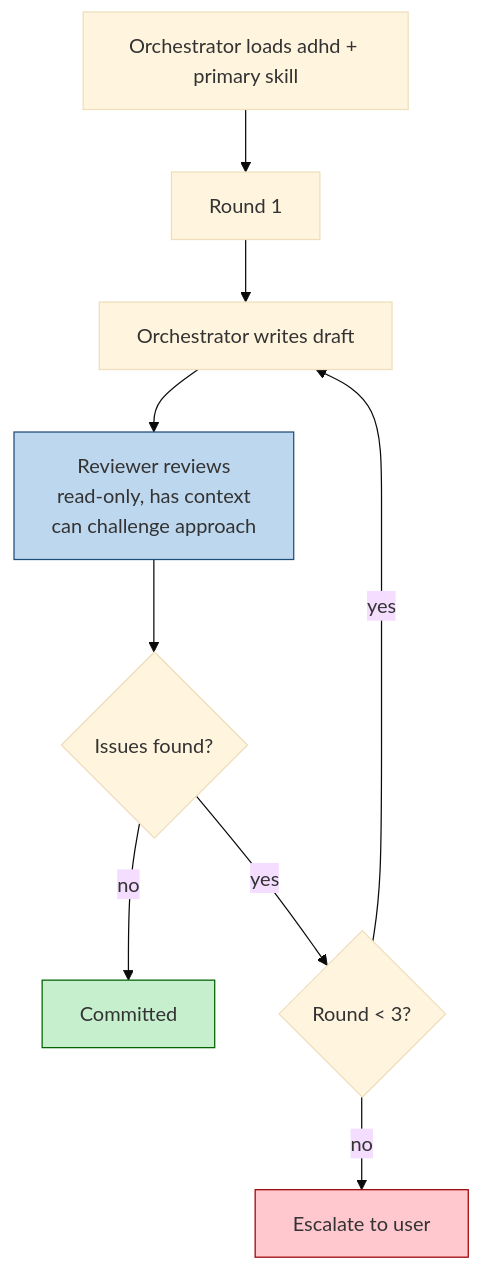
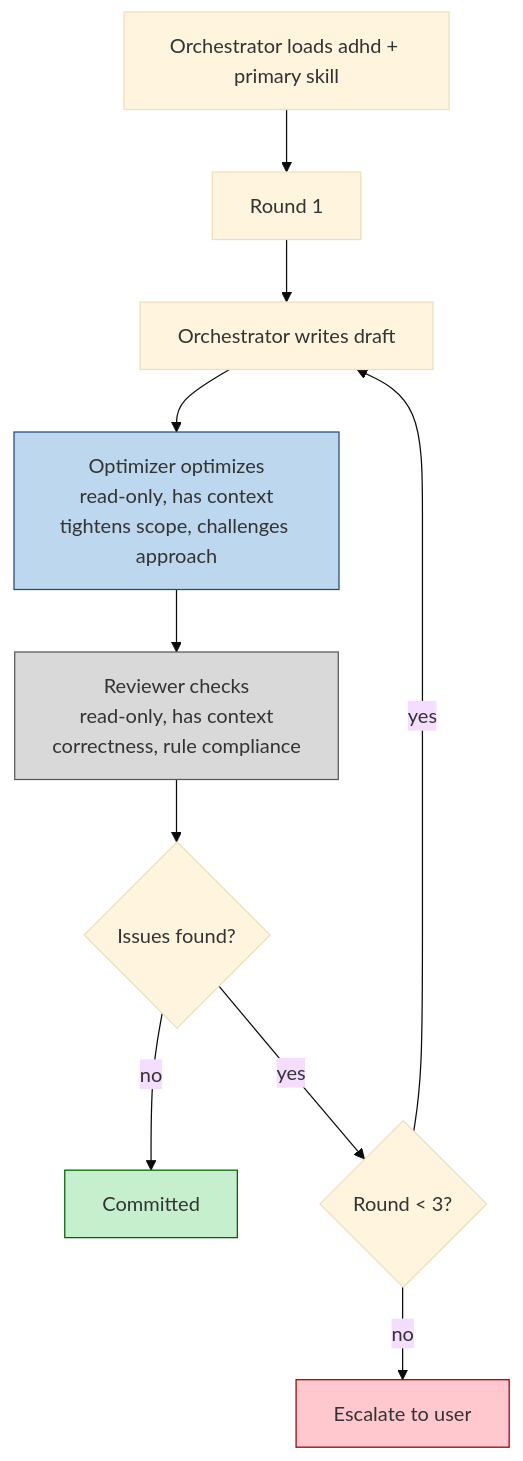
The second of 4 diagrams in src/workflows/overview.md (bperin/project-context), drawn with Mermaid (base theme) before and after one commit. The commit also changed other lines of this file and 18 other files, not shown here.

First line of the commit message:
Add optimizer-reviewer separation to workflows

````diff
--- a/src/workflows/overview.md
+++ b/src/workflows/overview.md
@@ -37,15 +37,17 @@
 ```mermaid
 flowchart TD
     START["Orchestrator loads adhd + primary skill"] --> R1["Round 1"]
     R1 --> WRITER["Orchestrator writes draft"]
-    WRITER --> OPT["Reviewer reviews<br/>read-only, has context<br/>can challenge approach"]
-    OPT --> CHECK{"Issues found?"}
+    WRITER --> OPT["Optimizer optimizes<br/>read-only, has context<br/>tightens scope, challenges approach"]
+    OPT --> REV["Reviewer checks<br/>read-only, has context<br/>correctness, rule compliance"]
+    REV --> CHECK{"Issues found?"}
     CHECK -->|no| DONE["Committed"]
     CHECK -->|yes| ROUND{"Round < 3?"}
     ROUND -->|yes| WRITER
     ROUND -->|no| ESCALATE["Escalate to user"]
 
     style DONE fill:#C6EFCE,stroke:#006100
     style ESCALATE fill:#FFC7CE,stroke:#9C0006
     style OPT fill:#BDD7EE,stroke:#1F4E79
+    style REV fill:#D9D9D9,stroke:#595959
 ```
````
